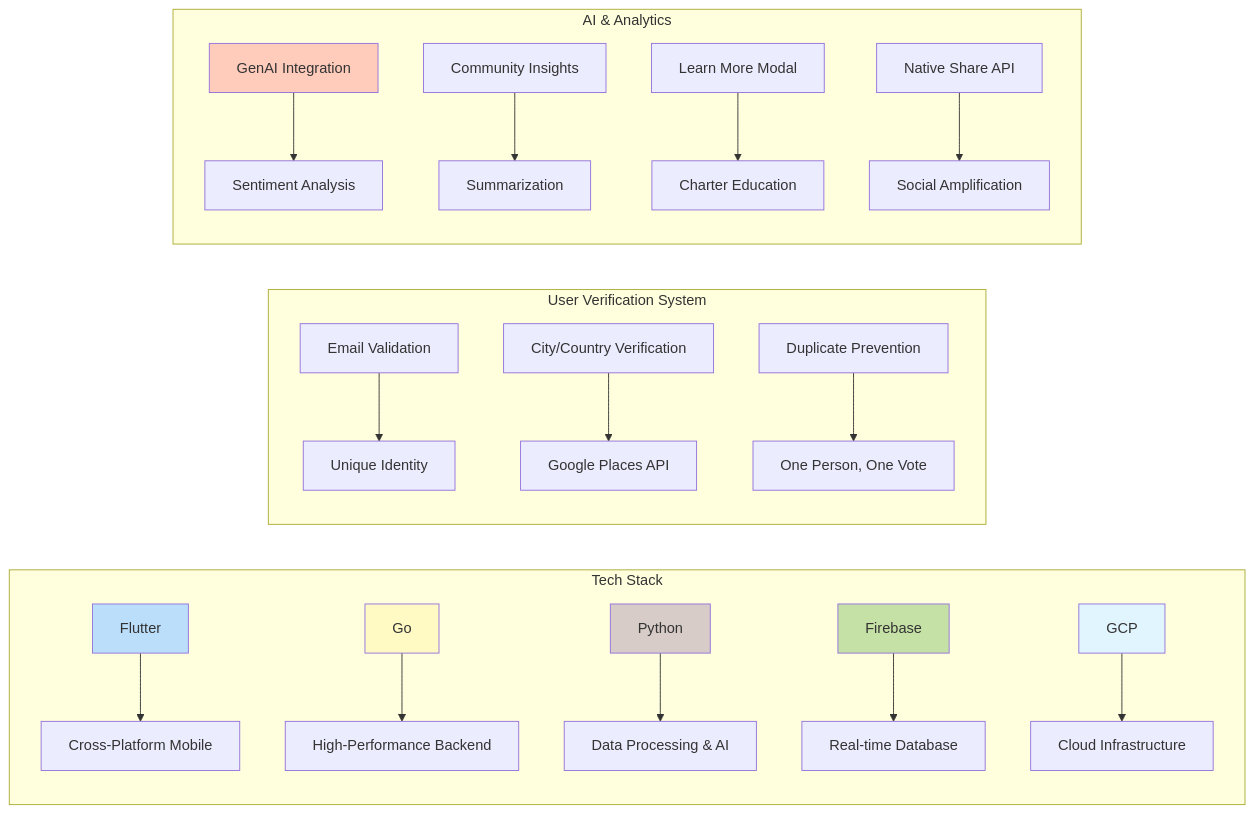
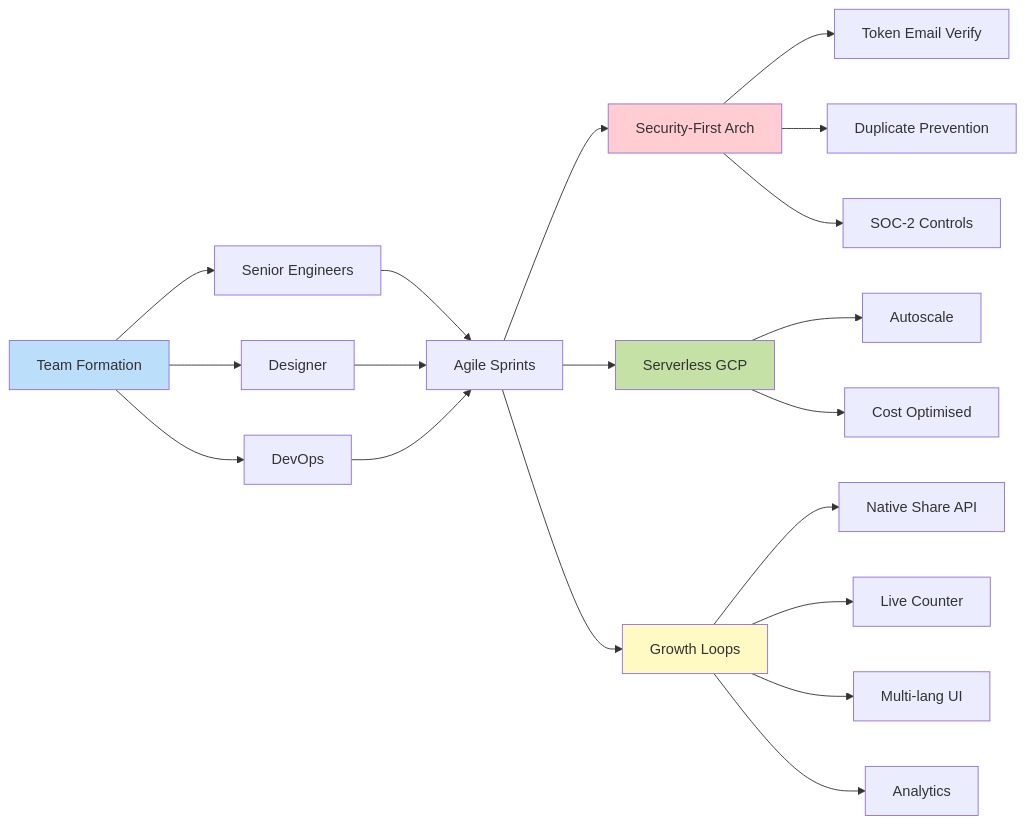
Before and after one commit to keolo/keolo-com: the second of 3 diagrams in content/projects/global-peace-yes.md, drawn with Mermaid. The commit also changed other lines of this file and 2 other files, not shown here.

````diff
--- a/content/projects/global-peace-yes.md
+++ b/content/projects/global-peace-yes.md
@@ -265,30 +105,23 @@
 ```mermaid
 graph LR
-    subgraph "Tech Stack"
-        A[Flutter] --> B[Cross-Platform Mobile]
-        C[Go] --> D[High-Performance Backend]
-        E[Python] --> F[Data Processing & AI]
-        G[Firebase] --> H[Real-time Database]
-        I[GCP] --> J[Cloud Infrastructure]
-    end
-
-    subgraph "User Verification System"
-        K[Email Validation] --> L[Unique Identity]
-        M[City/Country Verification] --> N[Google Places API]
-        O[Duplicate Prevention] --> P[One Person, One Vote]
-    end
-
-    subgraph "AI & Analytics"
-        Q[GenAI Integration] --> R[Sentiment Analysis]
-        S[Community Insights] --> T[Summarization]
-        U[Learn More Modal] --> V[Charter Education]
-        W[Native Share API] --> X[Social Amplification]
-    end
-
-    style A fill:#bbdefb
-    style C fill:#fff9c4
-    style E fill:#d7ccc8
-    style G fill:#c5e1a5
-    style I fill:#e1f5fe
-    style Q fill:#ffccbc
+  T[Team Formation] --> A[Senior Engineers]
+  T --> B[Designer]
+  T --> C[DevOps]
+  A & B & C --> D[Agile Sprints]
+  D --> E[Security-First Arch]
+  E --> F[Token Email Verify]
+  E --> G[Duplicate Prevention]
+  E --> H[SOC-2 Controls]
+  D --> I[Serverless GCP]
+  I --> J[Autoscale]
+  I --> K[Cost Optimised]
+  D --> L[Growth Loops]
+  L --> M[Native Share API]
+  L --> N[Live Counter]
+  L --> O[Multi-lang UI]
+  L --> P[Analytics]
+  style T fill:#bbdefb
+  style E fill:#ffcdd2
+  style I fill:#c5e1a5
+  style L fill:#fff9c4
 ```
````
